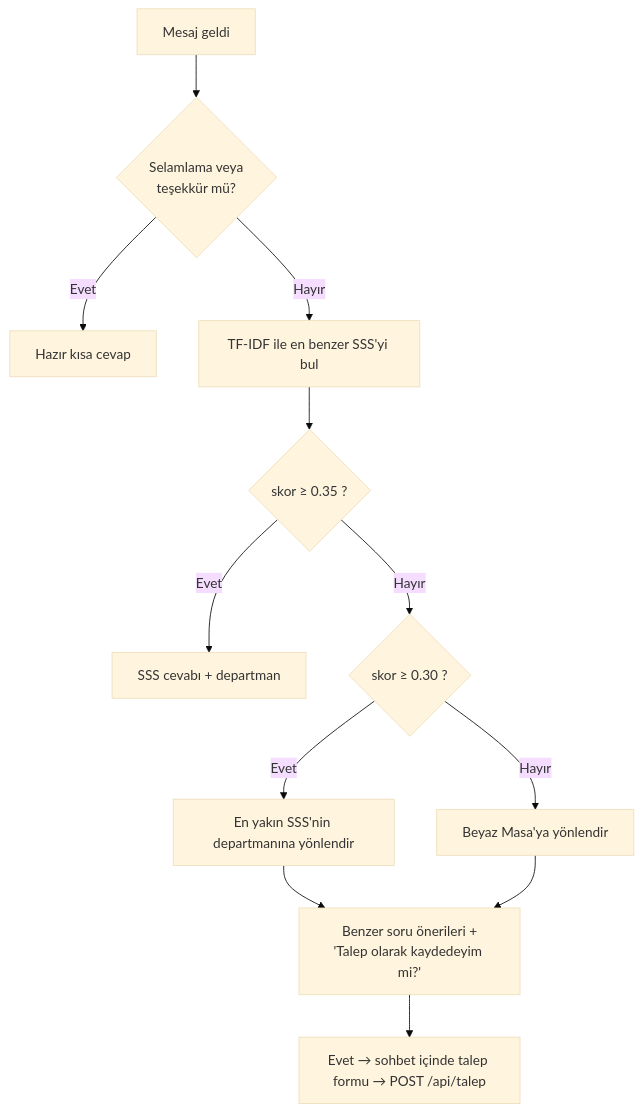
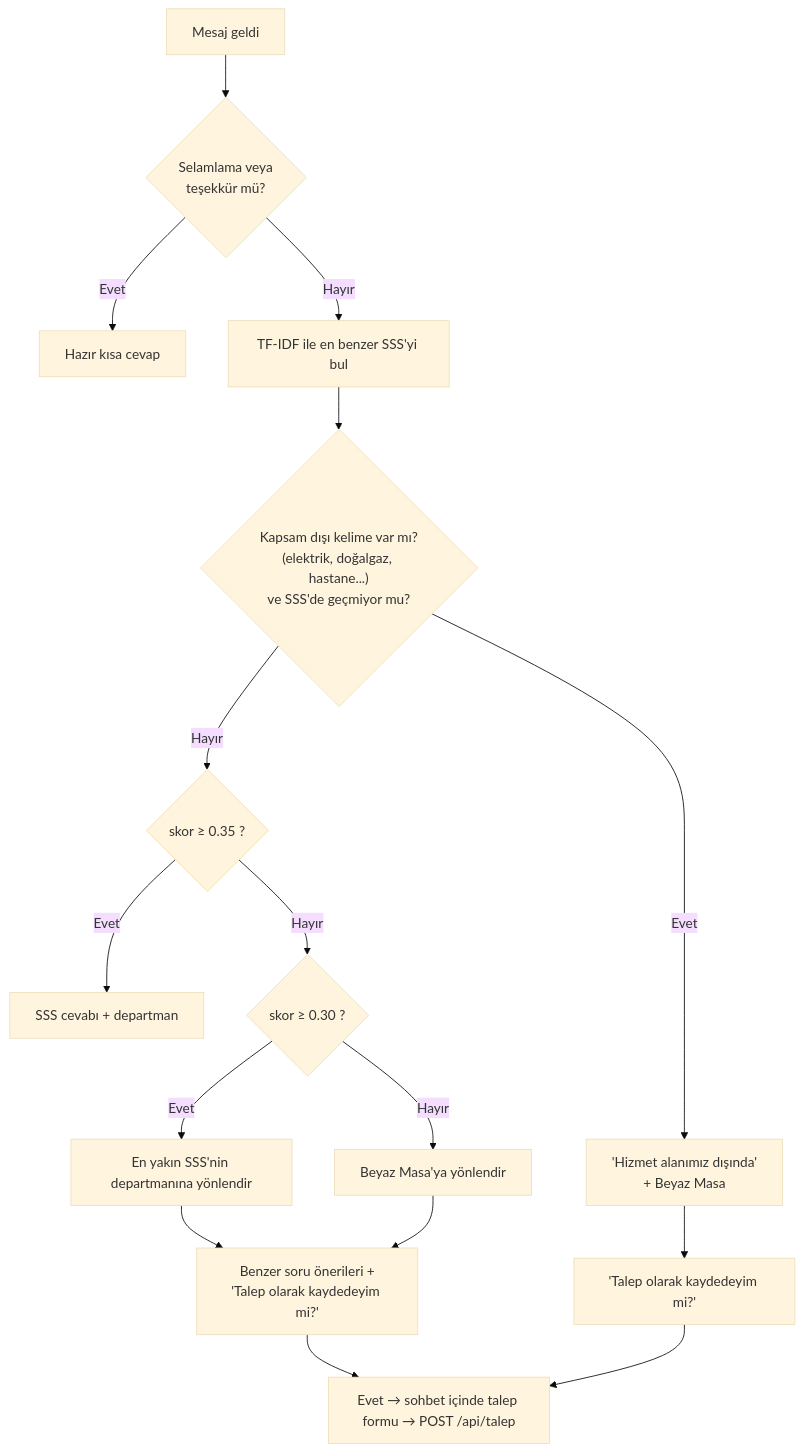
One commit to HekimSefkan/belediye-chatbot changed the third of 3 diagrams in docs/mimari_diyagram.md. Above: the diagram before and after it, drawn with Mermaid (base theme). The commit also changed other lines of this file and 7 other files, not shown here.

````diff
--- a/docs/mimari_diyagram.md
+++ b/docs/mimari_diyagram.md
@@ -67,14 +68,18 @@
 ```mermaid
 flowchart TD
     S["Mesaj geldi"] --> G{"Selamlama veya<br/>teşekkür mü?"}
     G -- Evet --> GR["Hazır kısa cevap"]
     G -- Hayır --> T["TF-IDF ile en benzer SSS'yi bul"]
-    T --> C{"skor ≥ 0.35 ?"}
+    T --> K{"Kapsam dışı kelime var mı?<br/>(elektrik, doğalgaz, hastane...)<br/>ve SSS'de geçmiyor mu?"}
+    K -- Evet --> KD["'Hizmet alanımız dışında'<br/>+ Beyaz Masa"]
+    K -- Hayır --> C{"skor ≥ 0.35 ?"}
     C -- Evet --> OK["SSS cevabı + departman"]
     C -- Hayır --> Y{"skor ≥ 0.30 ?"}
     Y -- Evet --> D1["En yakın SSS'nin departmanına yönlendir"]
     Y -- Hayır --> D2["Beyaz Masa'ya yönlendir"]
     D1 --> O["Benzer soru önerileri +<br/>'Talep olarak kaydedeyim mi?'"]
     D2 --> O
+    KD --> O2["'Talep olarak kaydedeyim mi?'"]
     O --> F["Evet → sohbet içinde talep formu → POST /api/talep"]
+    O2 --> F
 ```
````
